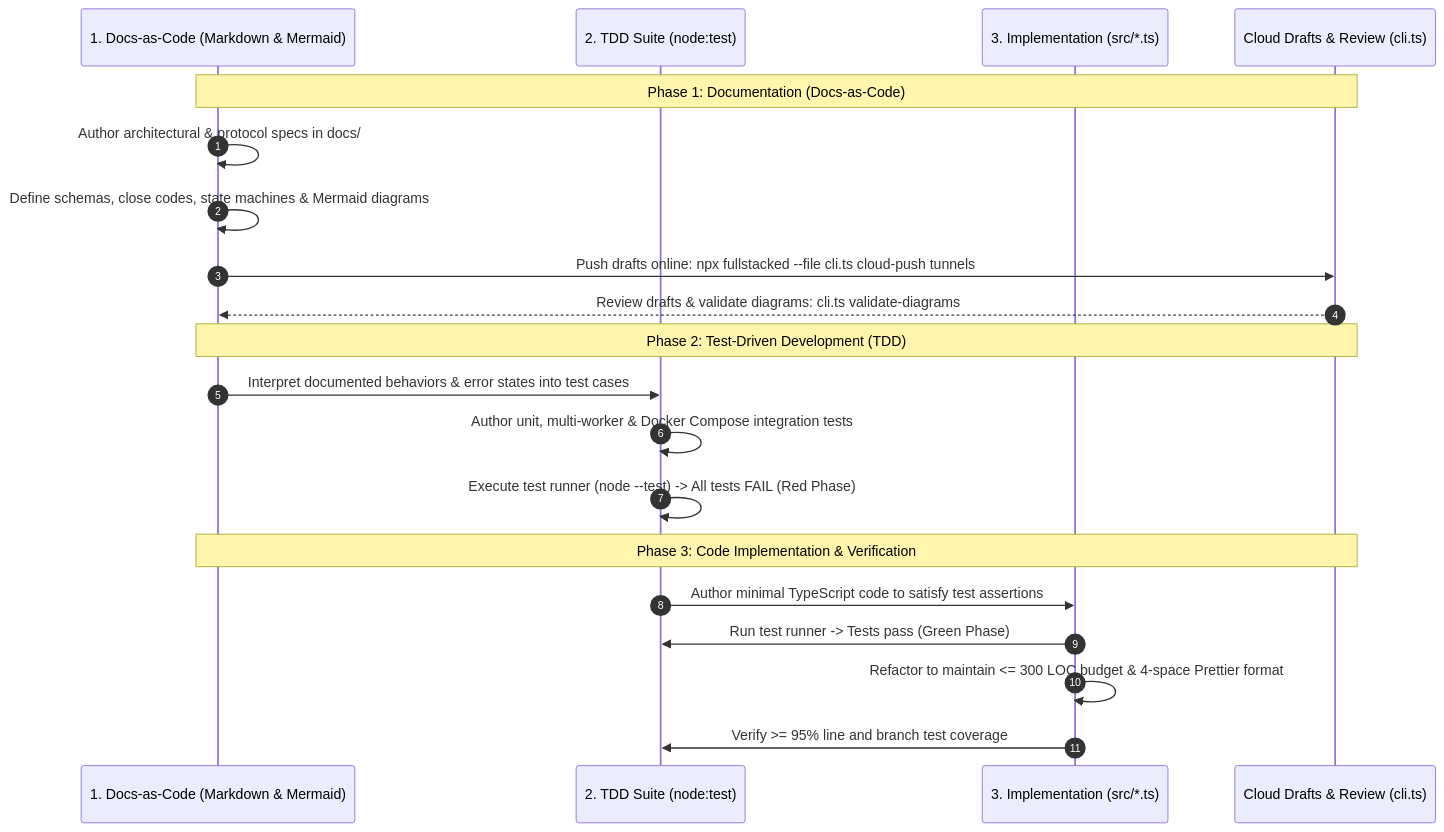
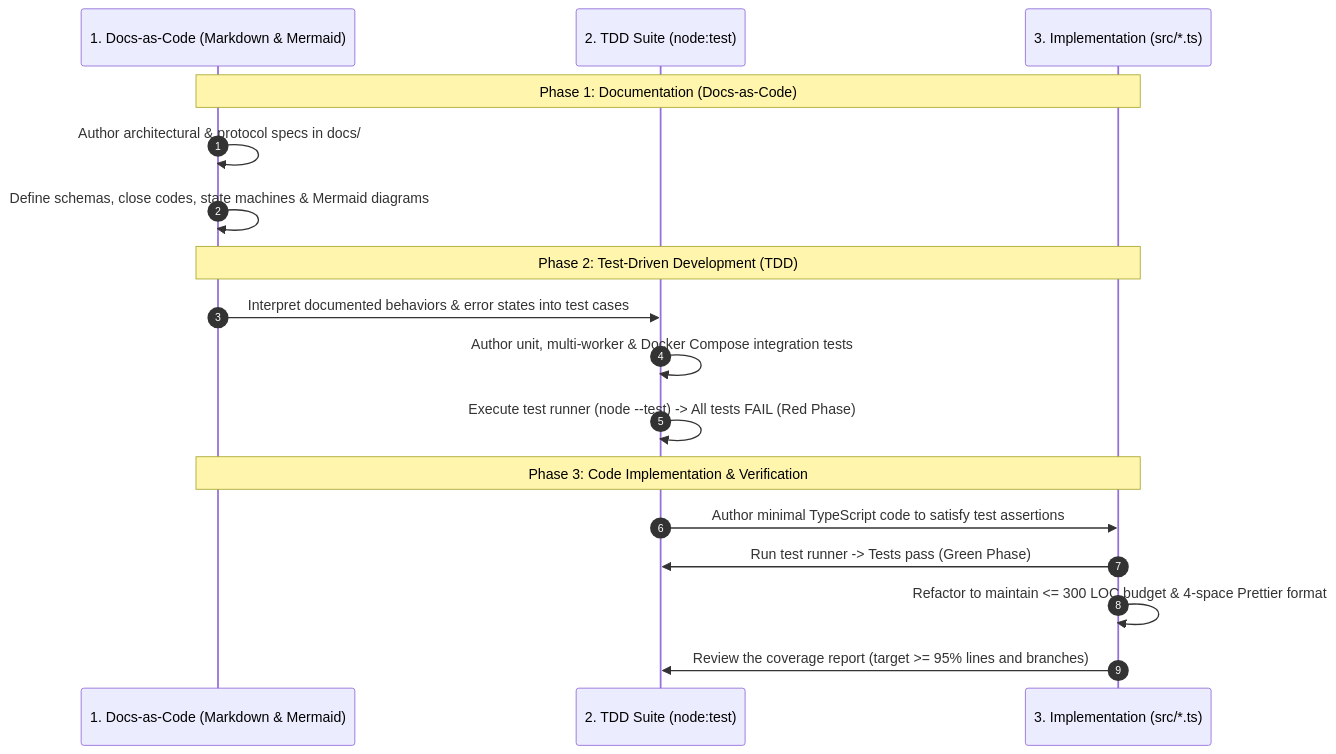
The second of 2 diagrams in docs/5-development/workflow.md (fullstackedorg/tunnels), drawn with Mermaid before and after one commit. The commit also changed other lines of this file and 18 other files, not shown here.

````diff
--- a/docs/5-development/workflow.md
+++ b/docs/5-development/workflow.md
@@ -42,25 +41,22 @@
 ```mermaid
 sequenceDiagram
     autonumber
     participant Docs as 1. Docs-as-Code (Markdown & Mermaid)
     participant Tests as 2. TDD Suite (node:test)
     participant Impl as 3. Implementation (src/*.ts)
-    participant Cloud as Cloud Drafts & Review (cli.ts)
 
-    Note over Docs,Cloud: Phase 1: Documentation (Docs-as-Code)
+    Note over Docs,Impl: Phase 1: Documentation (Docs-as-Code)
     Docs->>Docs: Author architectural & protocol specs in docs/
     Docs->>Docs: Define schemas, close codes, state machines & Mermaid diagrams
-    Docs->>Cloud: Push drafts online: npx fullstacked --file cli.ts cloud-push tunnels
-    Cloud-->>Docs: Review drafts & validate diagrams: cli.ts validate-diagrams
 
-    Note over Docs,Cloud: Phase 2: Test-Driven Development (TDD)
+    Note over Docs,Impl: Phase 2: Test-Driven Development (TDD)
     Docs->>Tests: Interpret documented behaviors & error states into test cases
     Tests->>Tests: Author unit, multi-worker & Docker Compose integration tests
     Tests->>Tests: Execute test runner (node --test) -> All tests FAIL (Red Phase)
 
-    Note over Docs,Cloud: Phase 3: Code Implementation & Verification
+    Note over Docs,Impl: Phase 3: Code Implementation & Verification
     Tests->>Impl: Author minimal TypeScript code to satisfy test assertions
     Impl->>Tests: Run test runner -> Tests pass (Green Phase)
     Impl->>Impl: Refactor to maintain <= 300 LOC budget & 4-space Prettier format
-    Impl->>Tests: Verify >= 95% line and branch test coverage
+    Impl->>Tests: Review the coverage report (target >= 95% lines and branches)
 ```
````
